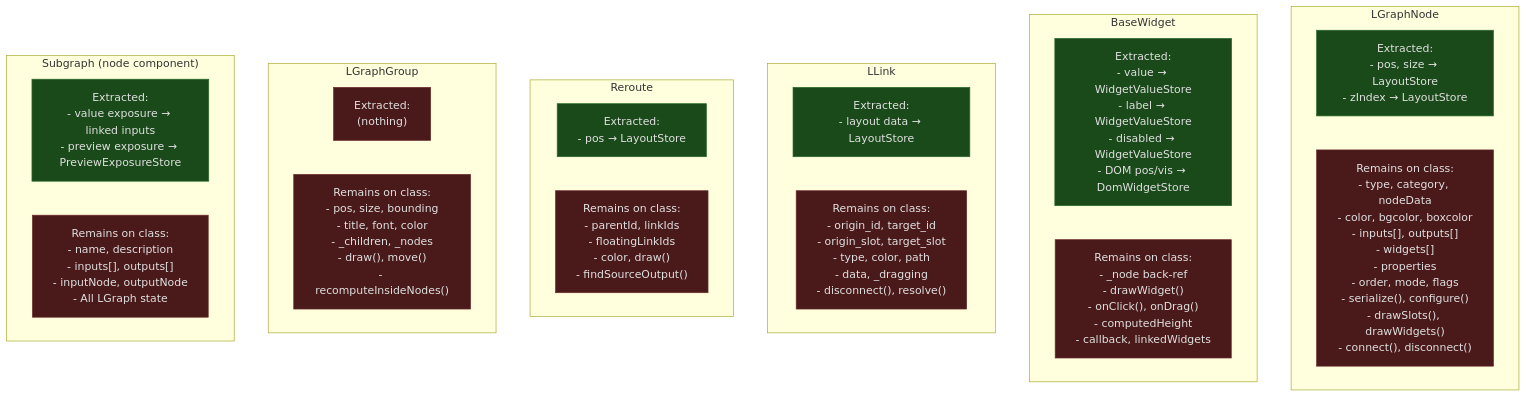
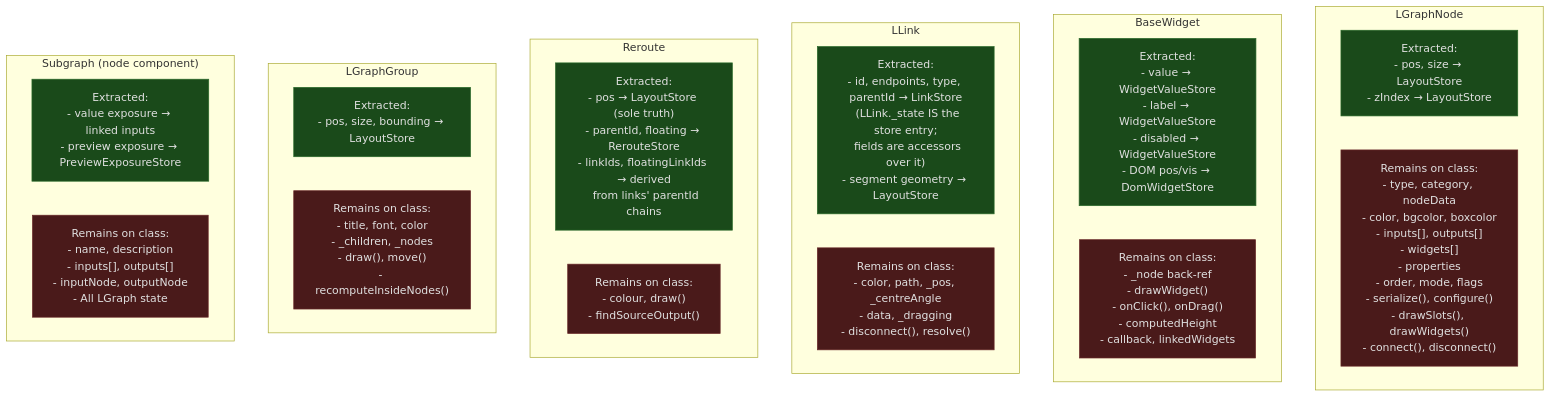
The third of 3 diagrams in docs/architecture/proto-ecs-stores.md (Comfy-Org/ComfyUI_frontend), drawn with Mermaid before and after one commit. The commit also changed other lines of this file and 348 other files, not shown here.

```diff
--- a/docs/architecture/proto-ecs-stores.md
+++ b/docs/architecture/proto-ecs-stores.md
@@ -286,30 +327,31 @@
 
     subgraph Link["LLink"]
         L_ext["Extracted:
-- layout data → LayoutStore"]
+- id, endpoints, type, parentId → LinkStore
+  (LLink._state IS the store entry;
+  fields are accessors over it)
+- segment geometry → LayoutStore"]
         L_rem["Remains on class:
-- origin_id, target_id
-- origin_slot, target_slot
-- type, color, path
+- color, path, _pos, _centreAngle
 - data, _dragging
 - disconnect(), resolve()"]
     end
 
     subgraph Reroute["Reroute"]
         R_ext["Extracted:
-- pos → LayoutStore"]
+- pos → LayoutStore (sole truth)
+- parentId, floating → RerouteStore
+- linkIds, floatingLinkIds → derived
+  from links' parentId chains"]
         R_rem["Remains on class:
-- parentId, linkIds
-- floatingLinkIds
-- color, draw()
+- colour, draw()
 - findSourceOutput()"]
     end
 
     subgraph Group["LGraphGroup"]
         G_ext["Extracted:
-(nothing)"]
+- pos, size, bounding → LayoutStore"]
         G_rem["Remains on class:
-- pos, size, bounding
 - title, font, color
 - _children, _nodes
 - draw(), move()
@@ -331,7 +373,7 @@
     style W_ext fill:#1a4a1a,stroke:#2a6a2a,color:#e0e0e0
     style L_ext fill:#1a4a1a,stroke:#2a6a2a,color:#e0e0e0
     style R_ext fill:#1a4a1a,stroke:#2a6a2a,color:#e0e0e0
-    style G_ext fill:#4a1a1a,stroke:#6a2a2a,color:#e0e0e0
+    style G_ext fill:#1a4a1a,stroke:#2a6a2a,color:#e0e0e0
     style S_ext fill:#1a4a1a,stroke:#2a6a2a,color:#e0e0e0
 
     style N_rem fill:#4a1a1a,stroke:#6a2a2a,color:#e0e0e0
```
